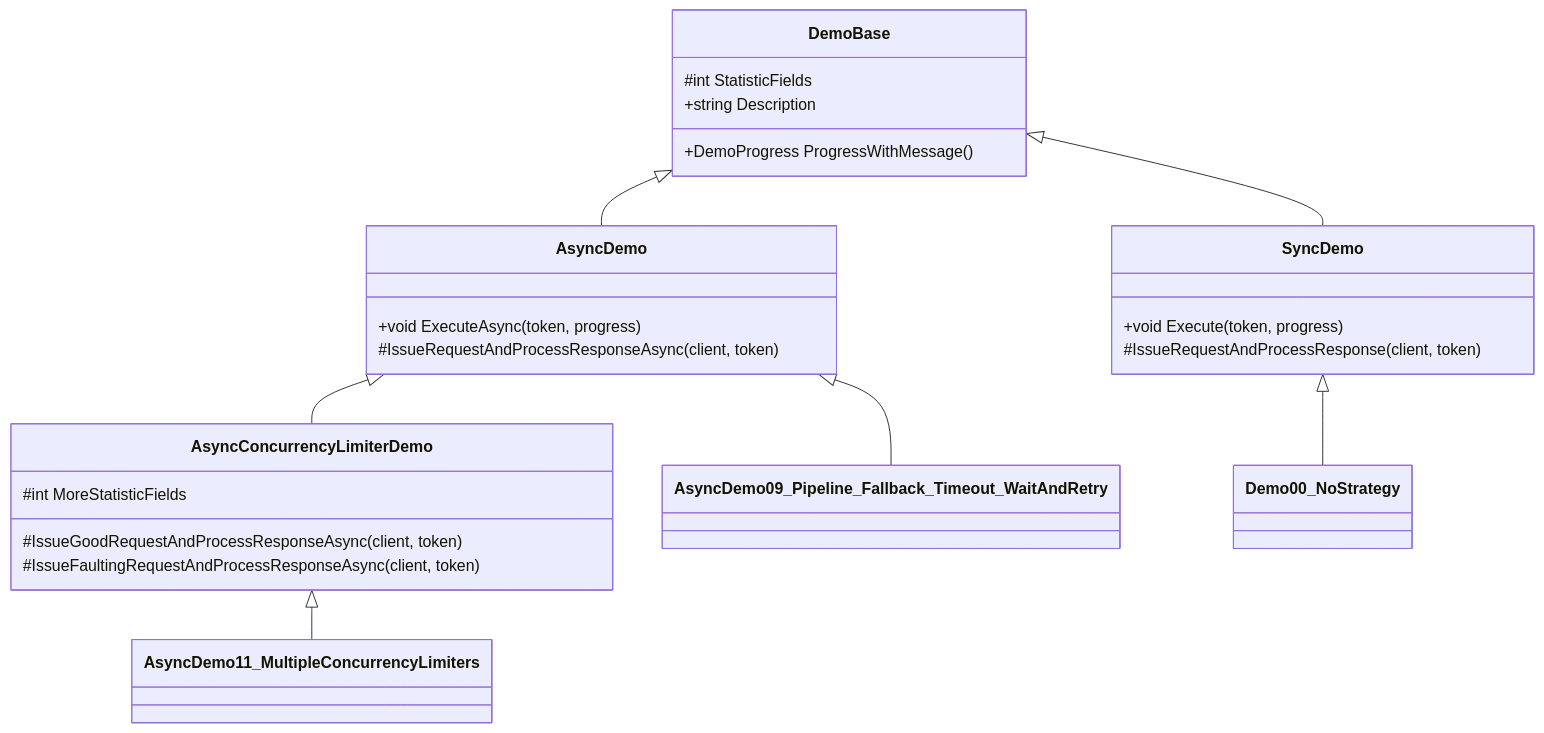
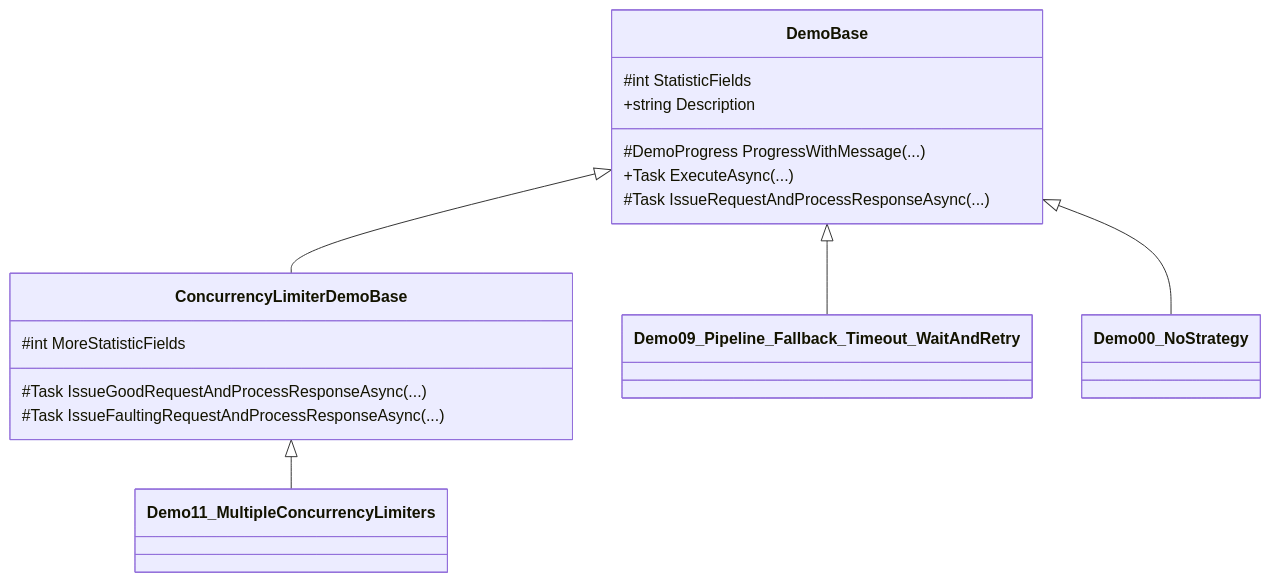
One commit to App-vNext/Polly-Samples changed the second of 2 diagrams in PollyDemos/README.md. Above: the diagram before and after it, drawn with Mermaid. The commit also changed other lines of this file and 33 other files, not shown here.

````diff
--- a/PollyDemos/README.md
+++ b/PollyDemos/README.md
@@ -33,28 +33,21 @@
 ```mermaid
 classDiagram
-    AsyncConcurrencyLimiterDemo <|-- AsyncDemo11_MultipleConcurrencyLimiters
-    AsyncDemo <|-- AsyncDemo09_Pipeline_Fallback_Timeout_WaitAndRetry
-    SyncDemo <|-- Demo00_NoStrategy
-    AsyncDemo <|-- AsyncConcurrencyLimiterDemo
-    DemoBase <|-- AsyncDemo
-    DemoBase <|-- SyncDemo
+    ConcurrencyLimiterDemoBase <|-- Demo11_MultipleConcurrencyLimiters
+    DemoBase <|-- Demo09_Pipeline_Fallback_Timeout_WaitAndRetry
+    DemoBase <|-- Demo00_NoStrategy
+    DemoBase <|-- ConcurrencyLimiterDemoBase
 
-    class AsyncConcurrencyLimiterDemo{
+    class ConcurrencyLimiterDemoBase{
         #int MoreStatisticFields
-        #IssueGoodRequestAndProcessResponseAsync(client, token)
-        #IssueFaultingRequestAndProcessResponseAsync(client, token)
+        #Task<string> IssueGoodRequestAndProcessResponseAsync(...)
+        #Task<string> IssueFaultingRequestAndProcessResponseAsync(...)
     }
-    class AsyncDemo{
-        +void ExecuteAsync(token, progress)
-        #IssueRequestAndProcessResponseAsync(client, token)
-    }
-    class SyncDemo{
-        +void Execute(token, progress)
-        #IssueRequestAndProcessResponse(client, token)
-    }
+
     class DemoBase{
         #int StatisticFields
         +string Description
-        +DemoProgress ProgressWithMessage()
+        #DemoProgress ProgressWithMessage(...)
+        +Task ExecuteAsync(...)
+        #Task<string> IssueRequestAndProcessResponseAsync(...)
     }
 ```
````
